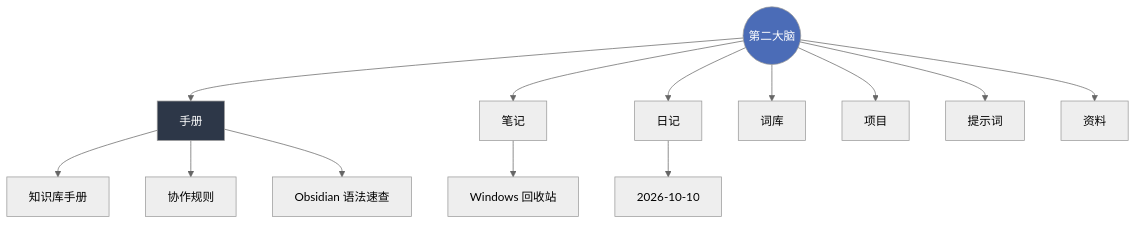
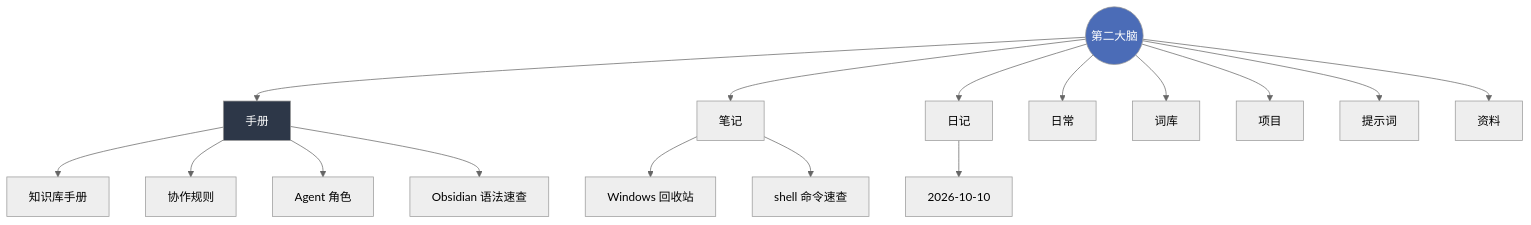
One commit to dasiwocom/wiki changed the diagram in content/index.md. Above: the diagram before and after it, drawn with Mermaid (neutral theme). The commit also changed other lines of this file, not shown here.

````diff
--- a/content/index.md
+++ b/content/index.md
@@ -36,20 +37,23 @@
 ```mermaid
 graph TD
     Root((第二大脑)) --> M[手册]
     Root --> N[笔记]
     Root --> D[日记]
+    Root --> L[日常]
     Root --> W[词库]
     Root --> P[项目]
     Root --> PR[提示词]
     Root --> R[资料]
 
     M --> M1[知识库手册]
     M --> M2[协作规则]
-    M --> M3[Obsidian 语法速查]
+    M --> M3[Agent 角色]
+    M --> M4[Obsidian 语法速查]
 
     N --> N1[Windows 回收站]
+    N --> N2[shell 命令速查]
     D --> D1[2026-10-10]
 
     style Root fill:#4b6cb7,color:#fff
     style M fill:#2d3748,color:#fff
 ```
````
